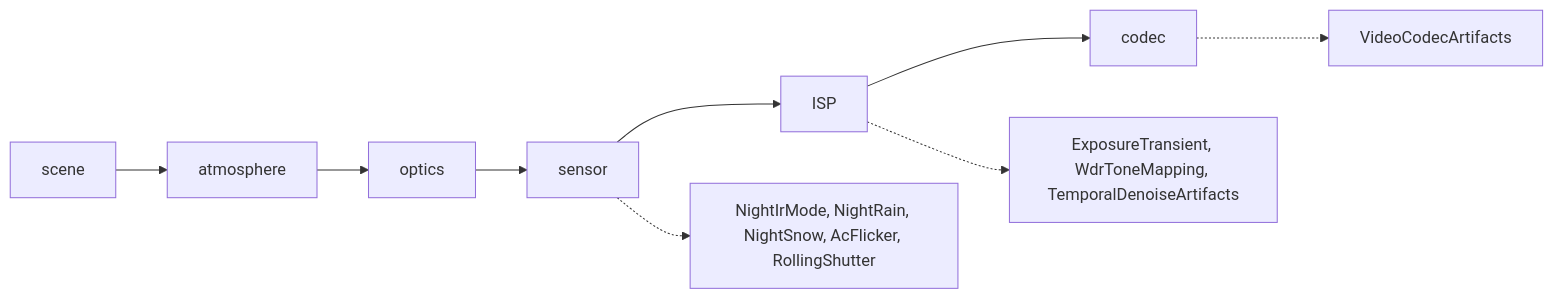
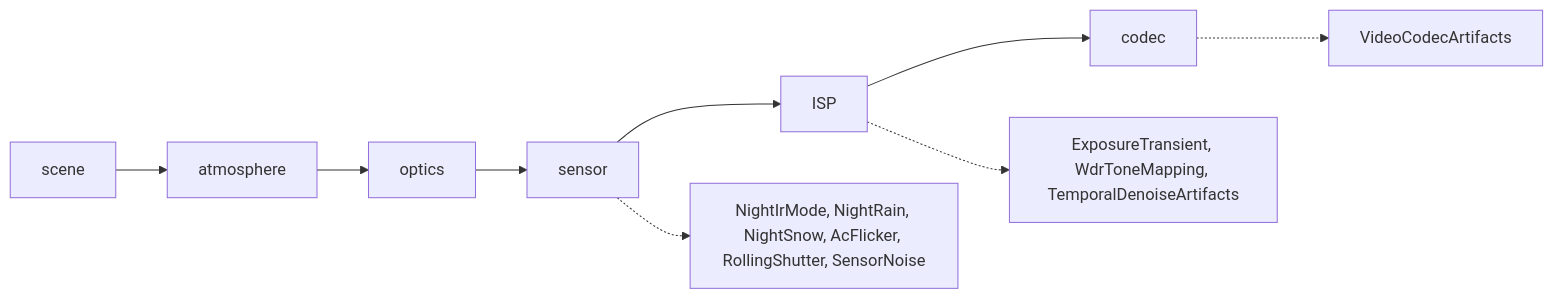
One commit to desmoteo/surmentations changed diagram 13 of 18 in docs/how_it_works.md. Above: the diagram before and after it, drawn with Mermaid. The commit also changed other lines of this file and 3 other files, not shown here.

First line of the commit message:
Document the scene inference, overcast light and SensorNoise

````diff
--- a/docs/how_it_works.md
+++ b/docs/how_it_works.md
@@ -446,11 +473,11 @@
 ```mermaid
 flowchart LR
     SCENE["scene"] --> ATM["atmosphere"]
     ATM --> OPT["optics"]
     OPT --> SENS["sensor"]
     SENS --> ISP["ISP"]
     ISP --> CODEC["codec"]
-    SENS -.-> S1["NightIrMode, NightRain, NightSnow, AcFlicker, RollingShutter"]
+    SENS -.-> S1["NightIrMode, NightRain, NightSnow, AcFlicker, RollingShutter, SensorNoise"]
     ISP -.-> S2["ExposureTransient, WdrToneMapping, TemporalDenoiseArtifacts"]
     CODEC -.-> S3["VideoCodecArtifacts"]
 ```
````
